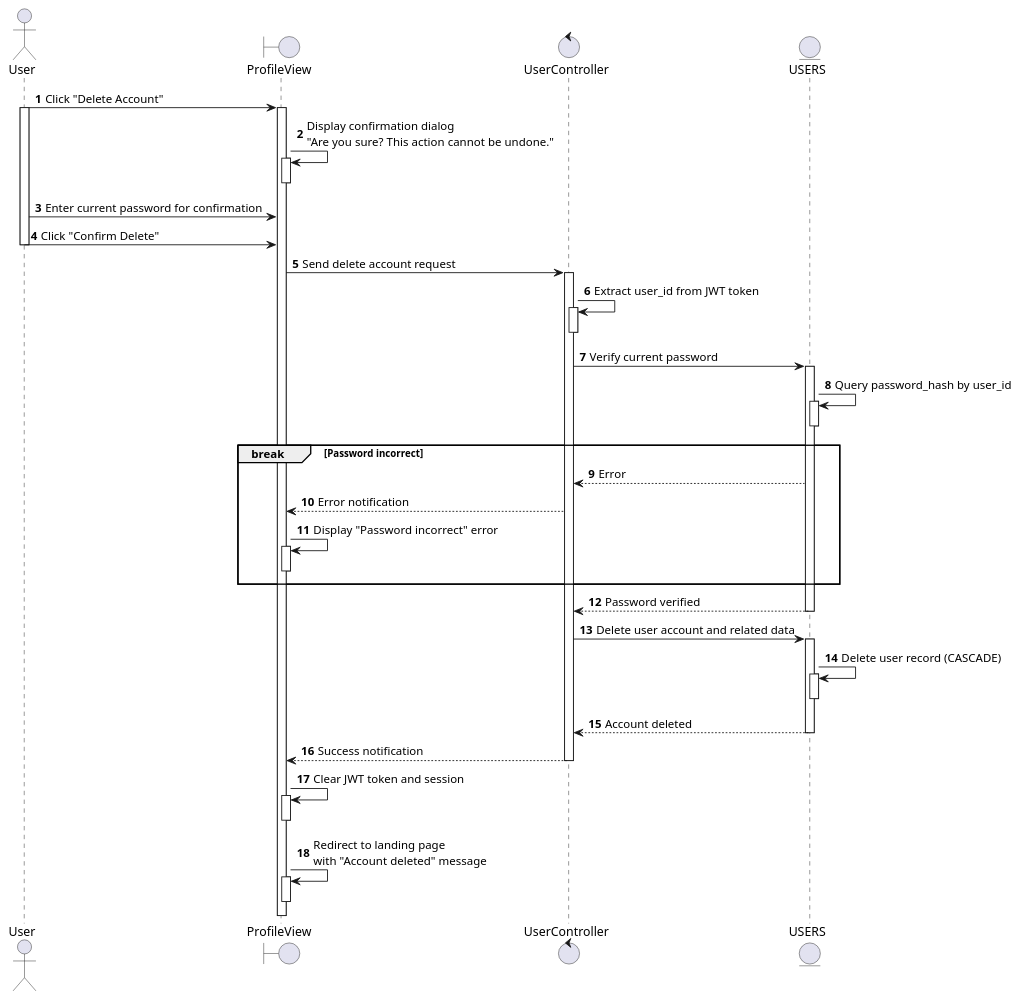
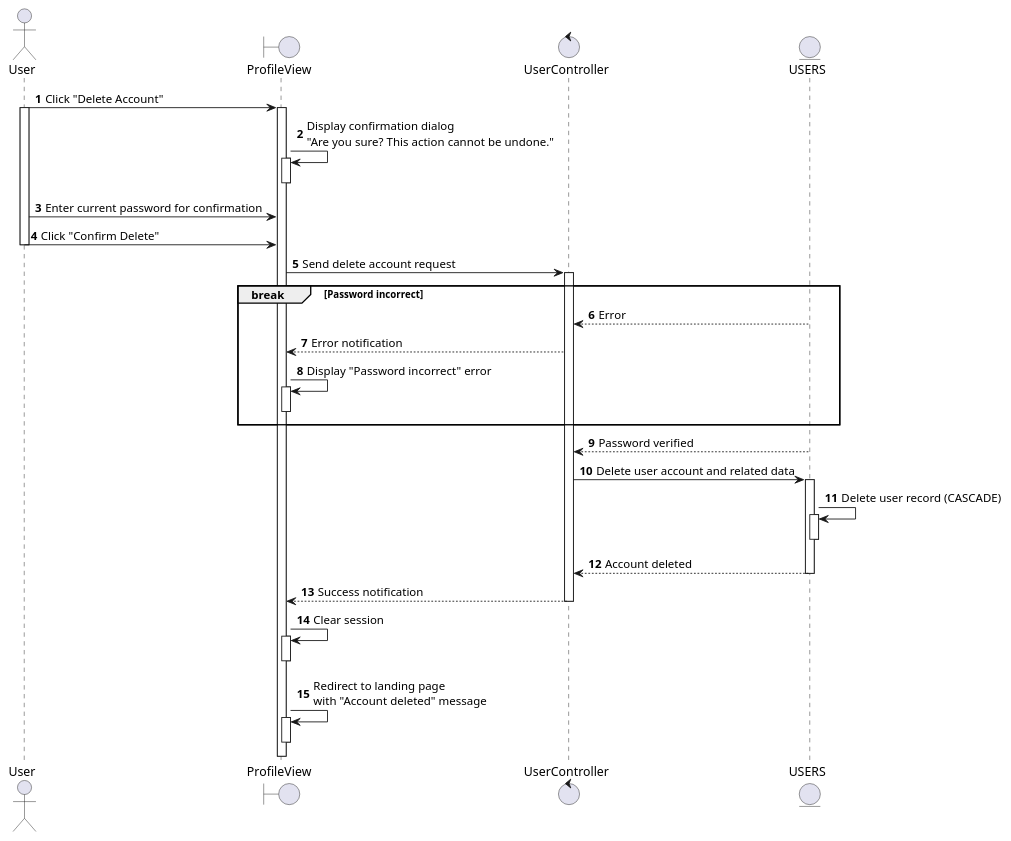
Before and after one commit to taskpilot-platform/taskpilot-platform.github.io: the diagram in docs/docs/sequence/user-profile/delete-personal-account.md, drawn with PlantUML. The commit also changed 65 other files, not shown here.

Commit message:
docs: Add new sequence diagrams for various platform functionalities including project, task, sprint, user, and AI assistant management.

````diff
--- a/docs/docs/sequence/user-profile/delete-personal-account.md
+++ b/docs/docs/sequence/user-profile/delete-personal-account.md
@@ -3,61 +3,56 @@
 ```plantuml
 @startuml
 autonumber
 
 actor User as U
 boundary ProfileView as PV
 control UserController as UC
 entity USERS as US
 
 U -> PV: Click "Delete Account"
 activate U
 activate PV
+
 PV -> PV: Display confirmation dialog\n"Are you sure? This action cannot be undone."
 activate PV
 deactivate PV
 
 U -> PV: Enter current password for confirmation
 U -> PV: Click "Confirm Delete"
 deactivate U
+
 PV -> UC: Send delete account request
 activate UC
-UC -> UC: Extract user_id from JWT token
-activate UC
-deactivate UC
-
-UC -> US: Verify current password
-activate US
-US -> US: Query password_hash by user_id
-activate US
-deactivate US
 
 break Password incorrect
   UC <-- US: Error
   PV <-- UC: Error notification
   PV -> PV: Display "Password incorrect" error
   activate PV
   deactivate PV
 end
 
 UC <-- US: Password verified
 deactivate US
 
 UC -> US: Delete user account and related data
 activate US
 US -> US: Delete user record (CASCADE)
 activate US
 deactivate US
 UC <-- US: Account deleted
 deactivate US
 
 PV <-- UC: Success notification
 deactivate UC
-PV -> PV: Clear JWT token and session
+
+PV -> PV: Clear session
 activate PV
 deactivate PV
+
 PV -> PV: Redirect to landing page\nwith "Account deleted" message
 activate PV
 deactivate PV
 
 @enduml
 ```
````
